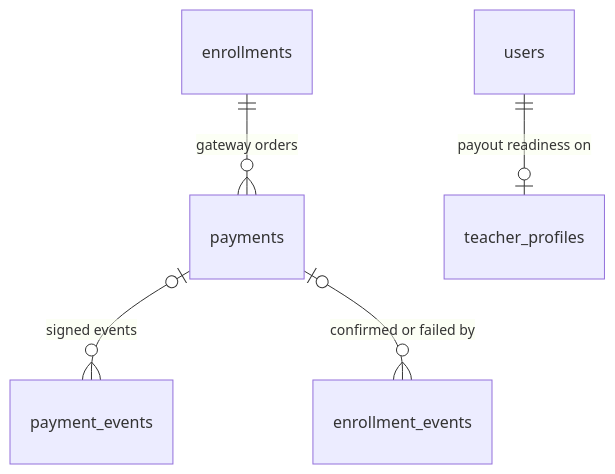
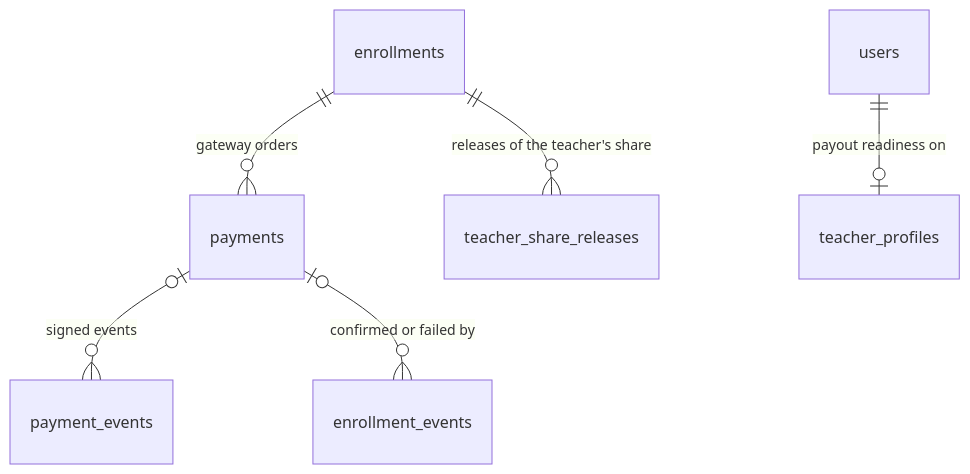
Before and after one commit to SaifElsayed/Ejazah: the third of 4 diagrams in docs/ERD.md, drawn with Mermaid. The commit also changed other lines of this file and 10 other files, not shown here.

First line of the commit message:
Ejazah_app(003-booking): B-M2 T105 the release table and the ijazah half's kept percent exist in the schema

````diff
--- a/docs/ERD.md
+++ b/docs/ERD.md
@@ -901,7 +918,8 @@
 ```mermaid
 erDiagram
     enrollments ||--o{ payments : "gateway orders"
     payments |o--o{ payment_events : "signed events"
+    enrollments ||--o{ teacher_share_releases : "releases of the teacher's share"
     payments |o--o{ enrollment_events : "confirmed or failed by"
     users ||--o| teacher_profiles : "payout readiness on"
 ```
````
